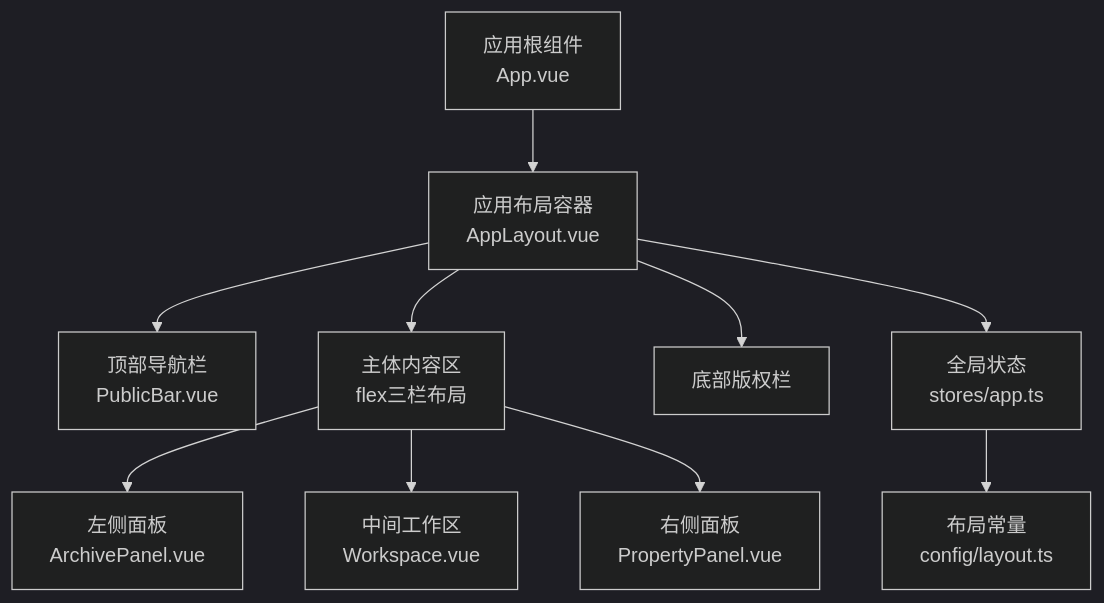
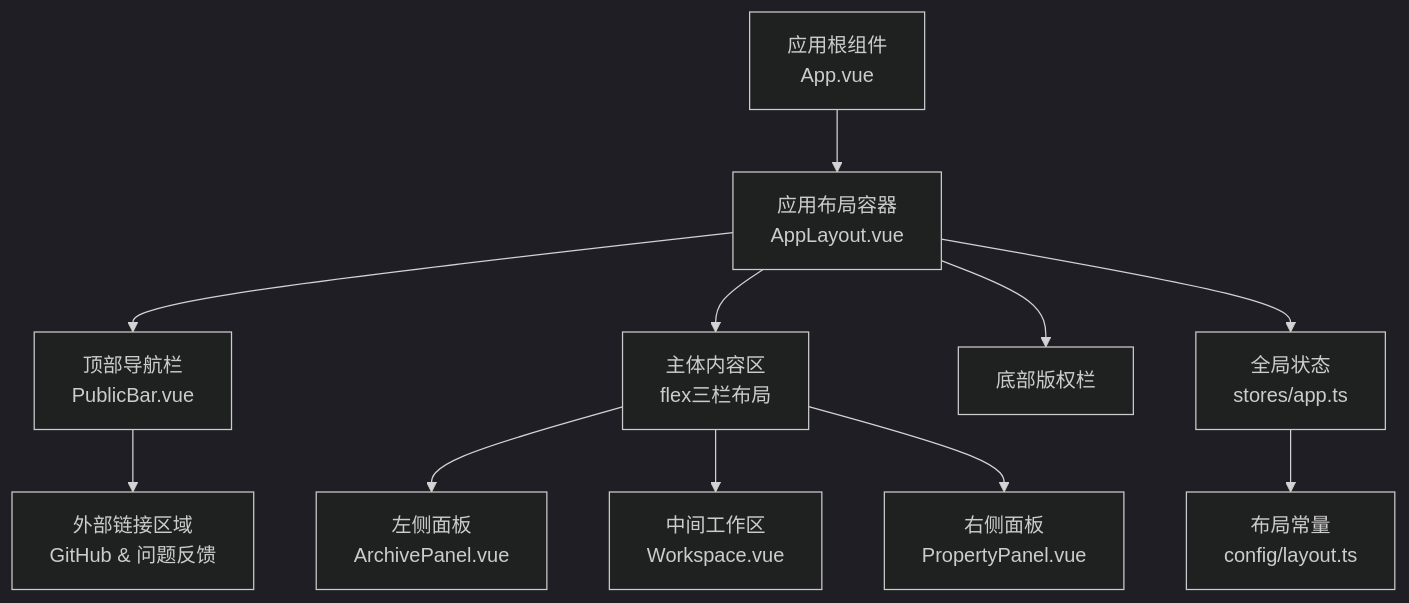
The first of 5 diagrams in .qoder/repowiki/zh/content/用户界面/布局系统.md (taoweidong/Hello-Tauri), drawn with Mermaid (dark theme) before and after one commit. The commit also changed other lines of this file and 14 other files, not shown here.

````diff
--- a/.qoder/repowiki/zh/content/用户界面/布局系统.md
+++ b/.qoder/repowiki/zh/content/用户界面/布局系统.md
@@ -52,12 +54,13 @@
 ```mermaid
 graph TB
 App["应用根组件<br/>App.vue"] --> Layout["应用布局容器<br/>AppLayout.vue"]
 Layout --> Header["顶部导航栏<br/>PublicBar.vue"]
+Header --> ExternalLinks["外部链接区域<br/>GitHub & 问题反馈"]
 Layout --> Body["主体内容区<br/>flex三栏布局"]
 Body --> Left["左侧面板<br/>ArchivePanel.vue"]
 Body --> Center["中间工作区<br/>Workspace.vue"]
 Body --> Right["右侧面板<br/>PropertyPanel.vue"]
 Layout --> Footer["底部版权栏"]
 Layout --> Store["全局状态<br/>stores/app.ts"]
 Store --> Config["布局常量<br/>config/layout.ts"]
 ```
````
